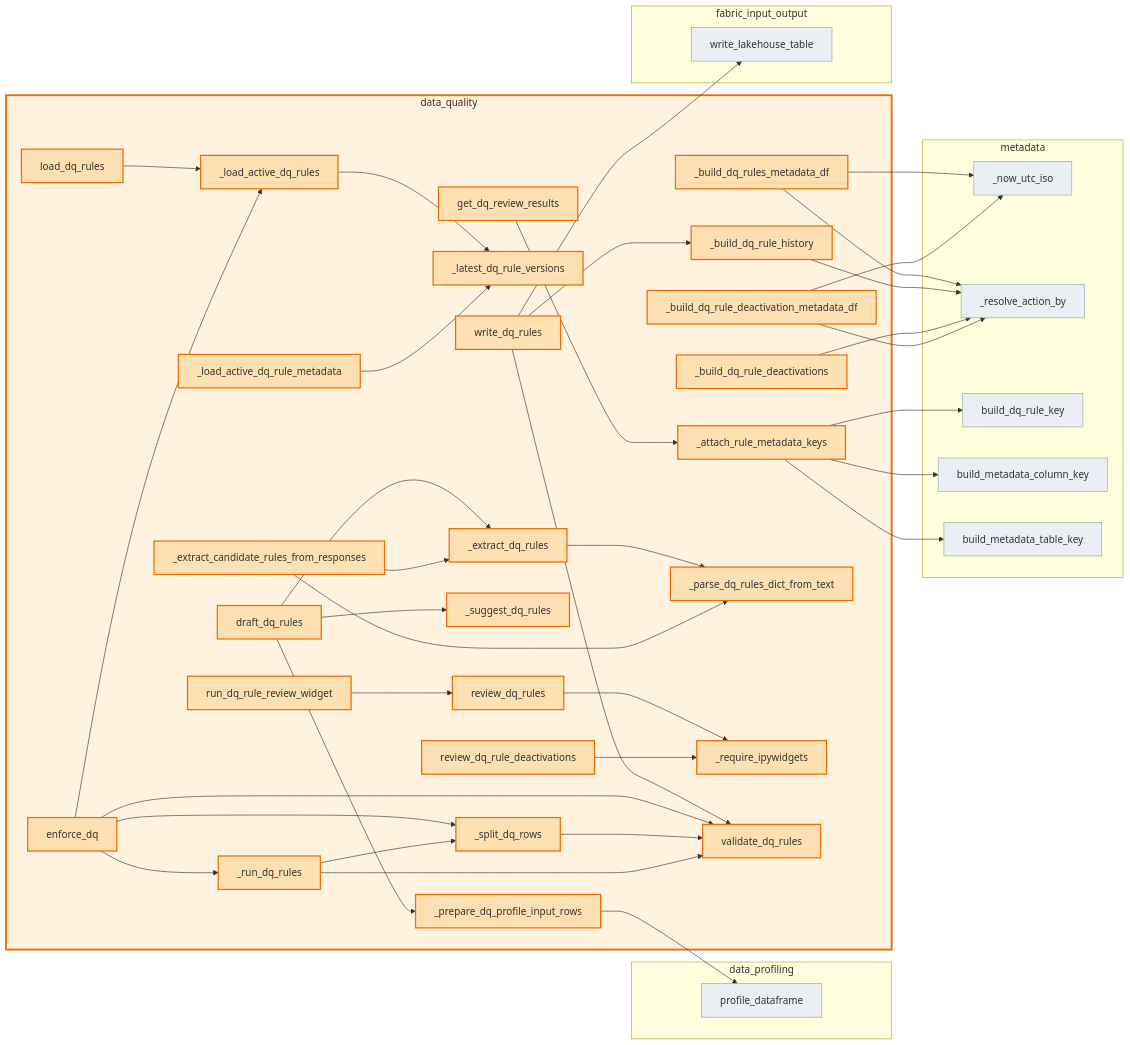
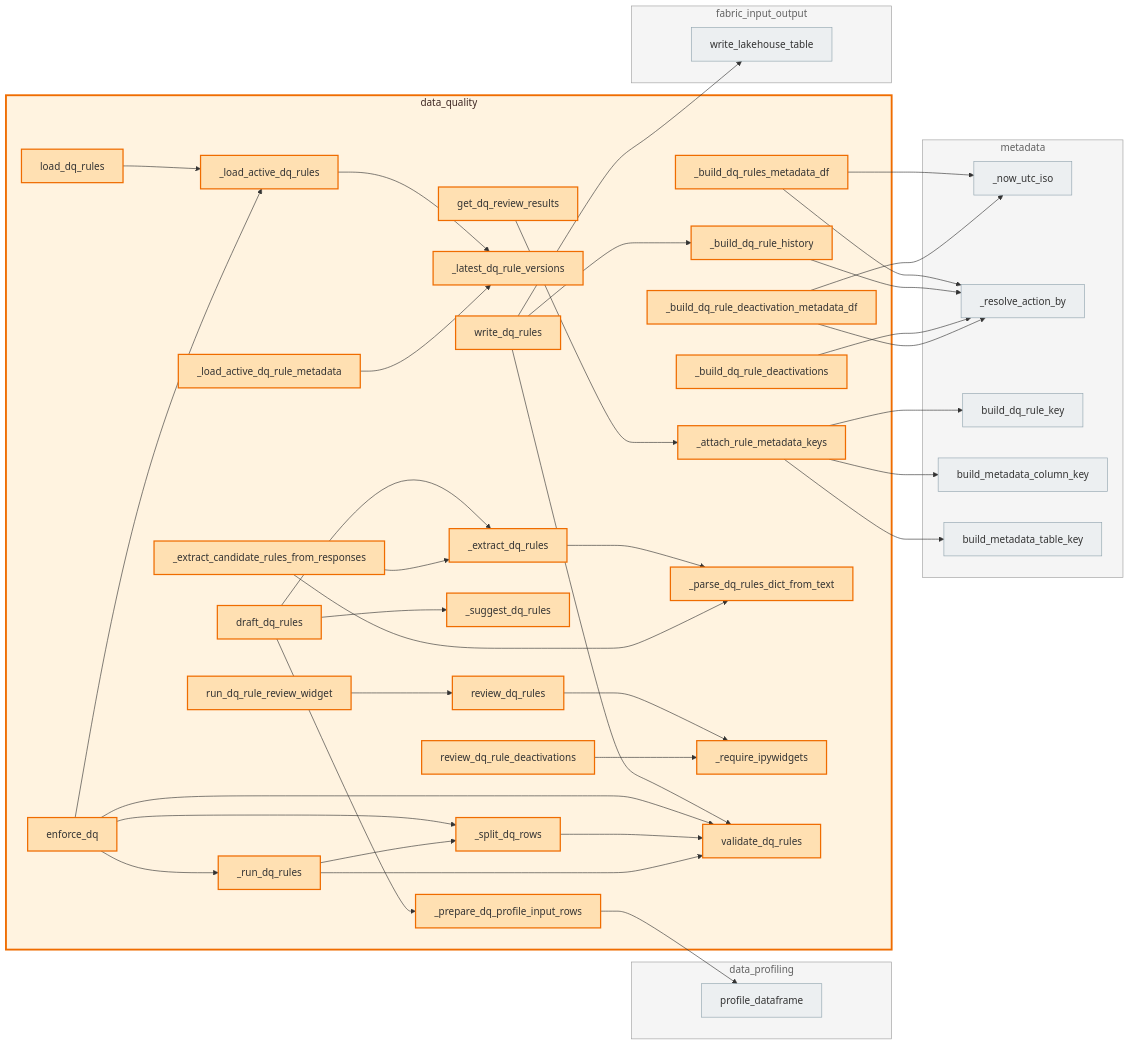
One commit to Voycepeh/FabricOps-Starter-Kit changed the diagram in docs/api/modules/data_quality.md. Above: the diagram before and after it, drawn with Mermaid. The commit also changed other lines of this file and 14 other files, not shown here.

````diff
--- a/docs/api/modules/data_quality.md
+++ b/docs/api/modules/data_quality.md
@@ -288,6 +288,7 @@
   fabricops_kit_data_quality_write_dq_rules --> fabricops_kit_data_quality_validate_dq_rules
   fabricops_kit_data_quality_write_dq_rules --> fabricops_kit_fabric_input_output_write_lakehouse_table
   class m_data_quality currentModule;
+  class m_data_profiling,m_fabric_input_output,m_metadata externalModule;
   class fabricops_kit_data_quality__attach_rule_metadata_keys,fabricops_kit_data_quality__build_dq_rule_deactivation_metadata_df,fabricops_kit_data_quality__build_dq_rule_deactivations,fabricops_kit_data_quality__build_dq_rule_history,fabricops_kit_data_quality__build_dq_rules_metadata_df,fabricops_kit_data_quality__extract_candidate_rules_from_responses,fabricops_kit_data_quality__extract_dq_rules,fabricops_kit_data_quality__latest_dq_rule_versions,fabricops_kit_data_quality__load_active_dq_rule_metadata,fabricops_kit_data_quality__load_active_dq_rules,fabricops_kit_data_quality__parse_dq_rules_dict_from_text,fabricops_kit_data_quality__prepare_dq_profile_input_rows,fabricops_kit_data_quality__require_ipywidgets,fabricops_kit_data_quality__run_dq_rules,fabricops_kit_data_quality__split_dq_rows,fabricops_kit_data_quality__suggest_dq_rules,fabricops_kit_data_quality_draft_dq_rules,fabricops_kit_data_quality_enforce_dq,fabricops_kit_data_quality_get_dq_review_results,fabricops_kit_data_quality_load_dq_rules,fabricops_kit_data_quality_review_dq_rule_deactivations,fabricops_kit_data_quality_review_dq_rules,fabricops_kit_data_quality_run_dq_rule_review_widget,fabricops_kit_data_quality_validate_dq_rules,fabricops_kit_data_quality_write_dq_rules currentCallable;
   class fabricops_kit_data_profiling_profile_dataframe,fabricops_kit_fabric_input_output_write_lakehouse_table,fabricops_kit_metadata__now_utc_iso,fabricops_kit_metadata__resolve_action_by,fabricops_kit_metadata_build_dq_rule_key,fabricops_kit_metadata_build_metadata_column_key,fabricops_kit_metadata_build_metadata_table_key externalCallable;
 ```
````
